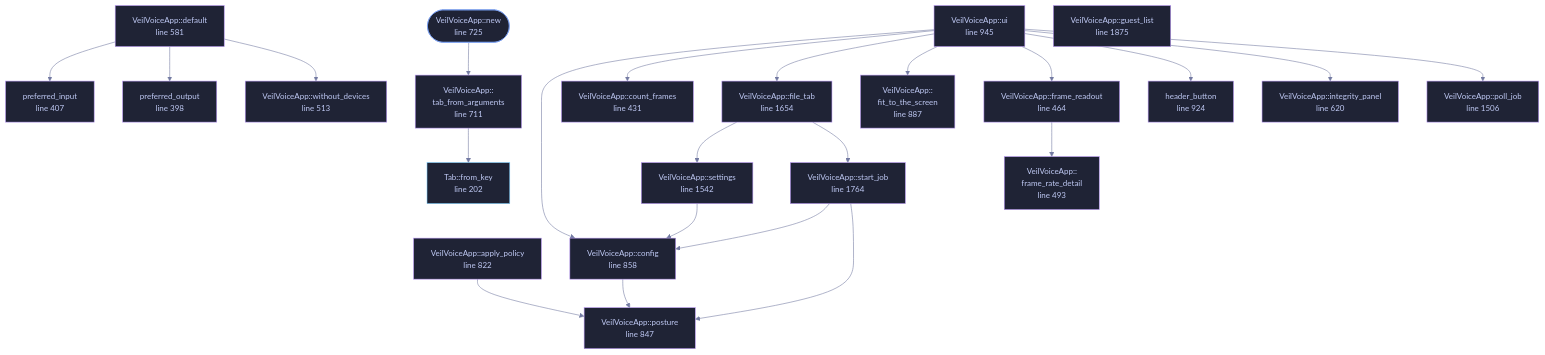
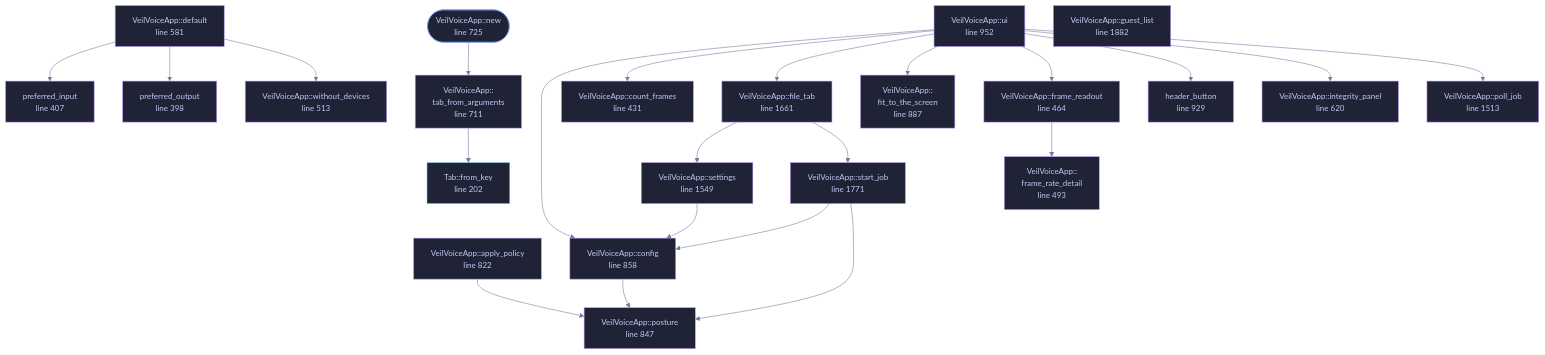
Before and after one commit to tilas01/veilvoice: the diagram in docs/files/veilvoice-gui/app.md, drawn with Mermaid. The commit also changed other lines of this file and 42 other files, not shown here.

````diff
--- a/docs/files/veilvoice-gui/app.md
+++ b/docs/files/veilvoice-gui/app.md
@@ -192,75 +192,75 @@
 ```mermaid
 %%{init: {"theme":"base","themeVariables":{"background":"#1a1b26","primaryColor":"#1f2335","primaryTextColor":"#c0caf5","primaryBorderColor":"#7aa2f7","secondaryColor":"#16161e","tertiaryColor":"#16161e","lineColor":"#737aa2","textColor":"#c0caf5","mainBkg":"#1f2335","nodeBorder":"#7aa2f7","clusterBkg":"#16161e","clusterBorder":"#2f3549","fontFamily":"ui-monospace, SFMono-Regular, Consolas, monospace","fontSize":"14px"}}}%%
 flowchart TD
     n_from_key["Tab::from_key<br/>line 202"]
     n_preferred_output["preferred_output<br/>line 398"]
     n_preferred_input["preferred_input<br/>line 407"]
     n_count_frames["VeilVoiceApp::count_frames<br/>line 431"]
     n_frame_readout["VeilVoiceApp::frame_readout<br/>line 464"]
     n_frame_rate_detail["VeilVoiceApp::<br/>frame_rate_detail<br/>line 493"]
     n_without_devices["VeilVoiceApp::without_devices<br/>line 513"]
     n_default["VeilVoiceApp::default<br/>line 581"]
     n_integrity_panel["VeilVoiceApp::integrity_panel<br/>line 620"]
     n_tab_from_arguments["VeilVoiceApp::<br/>tab_from_arguments<br/>line 711"]
     n_new(["VeilVoiceApp::new<br/>line 725"])
     n_apply_policy["VeilVoiceApp::apply_policy<br/>line 822"]
     n_posture["VeilVoiceApp::posture<br/>line 847"]
     n_config["VeilVoiceApp::config<br/>line 858"]
     n_fit_to_the_screen["VeilVoiceApp::<br/>fit_to_the_screen<br/>line 887"]
-    n_header_button["header_button<br/>line 924"]
-    n_ui["VeilVoiceApp::ui<br/>line 945"]
-    n_poll_job["VeilVoiceApp::poll_job<br/>line 1506"]
-    n_settings["VeilVoiceApp::settings<br/>line 1542"]
-    n_file_tab["VeilVoiceApp::file_tab<br/>line 1654"]
-    n_start_job["VeilVoiceApp::start_job<br/>line 1764"]
-    n_guest_list["VeilVoiceApp::guest_list<br/>line 1875"]
+    n_header_button["header_button<br/>line 929"]
+    n_ui["VeilVoiceApp::ui<br/>line 952"]
+    n_poll_job["VeilVoiceApp::poll_job<br/>line 1513"]
+    n_settings["VeilVoiceApp::settings<br/>line 1549"]
+    n_file_tab["VeilVoiceApp::file_tab<br/>line 1661"]
+    n_start_job["VeilVoiceApp::start_job<br/>line 1771"]
+    n_guest_list["VeilVoiceApp::guest_list<br/>line 1882"]
     n_apply_policy --> n_posture
     n_config --> n_posture
     n_default --> n_preferred_input
     n_default --> n_preferred_output
     n_default --> n_without_devices
     n_file_tab --> n_settings
     n_file_tab --> n_start_job
     n_frame_readout --> n_frame_rate_detail
     n_new --> n_tab_from_arguments
     n_settings --> n_config
     n_start_job --> n_config
     n_start_job --> n_posture
     n_tab_from_arguments --> n_from_key
     n_ui --> n_config
     n_ui --> n_count_frames
     n_ui --> n_file_tab
     n_ui --> n_fit_to_the_screen
     n_ui --> n_frame_readout
     n_ui --> n_header_button
     n_ui --> n_integrity_panel
     n_ui --> n_poll_job
     click n_from_key href "https://github.com/tilas01/veilvoice/blob/main/crates/veilvoice-gui/src/app.rs#L202" "open the source"
     click n_preferred_output href "https://github.com/tilas01/veilvoice/blob/main/crates/veilvoice-gui/src/app.rs#L398" "open the source"
     click n_preferred_input href "https://github.com/tilas01/veilvoice/blob/main/crates/veilvoice-gui/src/app.rs#L407" "open the source"
     click n_count_frames href "https://github.com/tilas01/veilvoice/blob/main/crates/veilvoice-gui/src/app.rs#L431" "open the source"
     click n_frame_readout href "https://github.com/tilas01/veilvoice/blob/main/crates/veilvoice-gui/src/app.rs#L464" "open the source"
     click n_frame_rate_detail href "https://github.com/tilas01/veilvoice/blob/main/crates/veilvoice-gui/src/app.rs#L493" "open the source"
     click n_without_devices href "https://github.com/tilas01/veilvoice/blob/main/crates/veilvoice-gui/src/app.rs#L513" "open the source"
     click n_default href "https://github.com/tilas01/veilvoice/blob/main/crates/veilvoice-gui/src/app.rs#L581" "open the source"
     click n_integrity_panel href "https://github.com/tilas01/veilvoice/blob/main/crates/veilvoice-gui/src/app.rs#L620" "open the source"
     click n_tab_from_arguments href "https://github.com/tilas01/veilvoice/blob/main/crates/veilvoice-gui/src/app.rs#L711" "open the source"
     click n_new href "https://github.com/tilas01/veilvoice/blob/main/crates/veilvoice-gui/src/app.rs#L725" "open the source"
     click n_apply_policy href "https://github.com/tilas01/veilvoice/blob/main/crates/veilvoice-gui/src/app.rs#L822" "open the source"
     click n_posture href "https://github.com/tilas01/veilvoice/blob/main/crates/veilvoice-gui/src/app.rs#L847" "open the source"
     click n_config href "https://github.com/tilas01/veilvoice/blob/main/crates/veilvoice-gui/src/app.rs#L858" "open the source"
     click n_fit_to_the_screen href "https://github.com/tilas01/veilvoice/blob/main/crates/veilvoice-gui/src/app.rs#L887" "open the source"
-    click n_header_button href "https://github.com/tilas01/veilvoice/blob/main/crates/veilvoice-gui/src/app.rs#L924" "open the source"
-    click n_ui href "https://github.com/tilas01/veilvoice/blob/main/crates/veilvoice-gui/src/app.rs#L945" "open the source"
-    click n_poll_job href "https://github.com/tilas01/veilvoice/blob/main/crates/veilvoice-gui/src/app.rs#L1506" "open the source"
-    click n_settings href "https://github.com/tilas01/veilvoice/blob/main/crates/veilvoice-gui/src/app.rs#L1542" "open the source"
-    click n_file_tab href "https://github.com/tilas01/veilvoice/blob/main/crates/veilvoice-gui/src/app.rs#L1654" "open the source"
-    click n_start_job href "https://github.com/tilas01/veilvoice/blob/main/crates/veilvoice-gui/src/app.rs#L1764" "open the source"
-    click n_guest_list href "https://github.com/tilas01/veilvoice/blob/main/crates/veilvoice-gui/src/app.rs#L1875" "open the source"
+    click n_header_button href "https://github.com/tilas01/veilvoice/blob/main/crates/veilvoice-gui/src/app.rs#L929" "open the source"
+    click n_ui href "https://github.com/tilas01/veilvoice/blob/main/crates/veilvoice-gui/src/app.rs#L952" "open the source"
+    click n_poll_job href "https://github.com/tilas01/veilvoice/blob/main/crates/veilvoice-gui/src/app.rs#L1513" "open the source"
+    click n_settings href "https://github.com/tilas01/veilvoice/blob/main/crates/veilvoice-gui/src/app.rs#L1549" "open the source"
+    click n_file_tab href "https://github.com/tilas01/veilvoice/blob/main/crates/veilvoice-gui/src/app.rs#L1661" "open the source"
+    click n_start_job href "https://github.com/tilas01/veilvoice/blob/main/crates/veilvoice-gui/src/app.rs#L1771" "open the source"
+    click n_guest_list href "https://github.com/tilas01/veilvoice/blob/main/crates/veilvoice-gui/src/app.rs#L1882" "open the source"
     classDef entry fill:#1f2335,stroke:#7aa2f7,color:#c0caf5
     class n_new entry
     classDef api fill:#1f2335,stroke:#7dcfff,color:#c0caf5
     class n_from_key api
     classDef helper fill:#1f2335,stroke:#bb9af7,color:#c0caf5
     class n_preferred_output,n_preferred_input,n_count_frames,n_frame_readout,n_frame_rate_detail,n_without_devices,n_default,n_integrity_panel,n_tab_from_arguments,n_apply_policy,n_posture,n_config,n_fit_to_the_screen,n_header_button,n_ui,n_poll_job,n_settings,n_file_tab,n_start_job,n_guest_list helper
 ```
````
